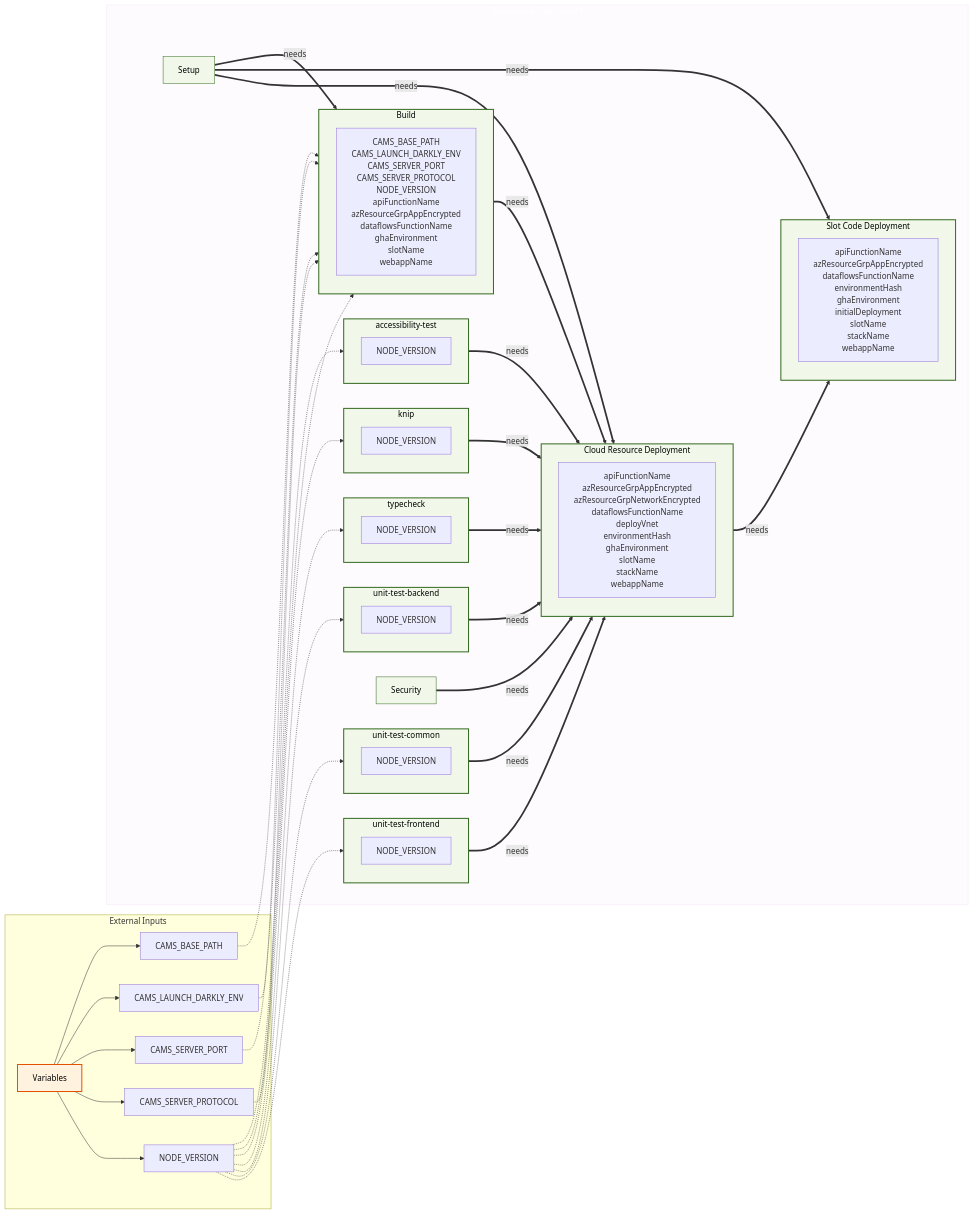
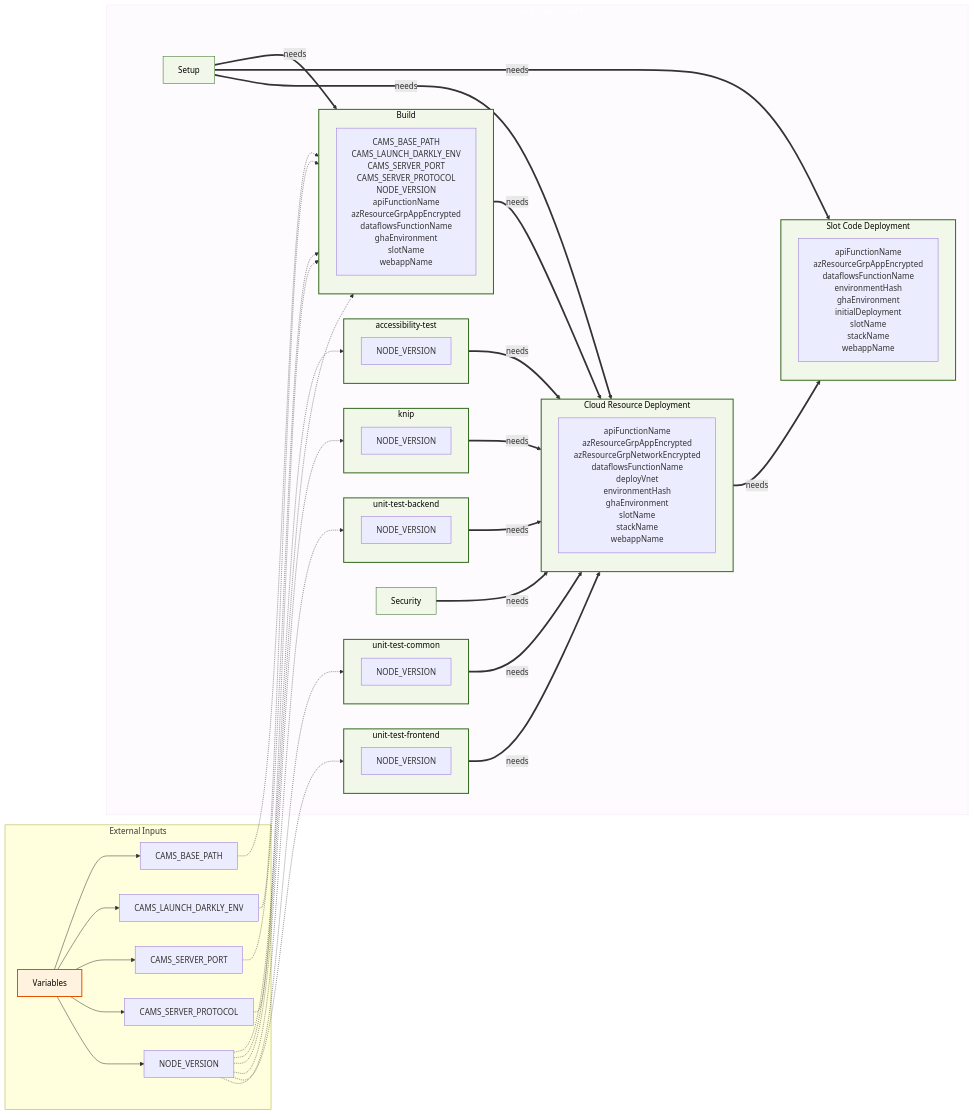
One commit to US-Trustee-Program/Bankruptcy-Oversight-Support-Systems changed diagram 15 of 25 in docs/operations/workflow-diagram.md. Above: the diagram before and after it, drawn with Mermaid. The commit also changed other lines of this file and 21 other files, not shown here.

```diff
--- a/docs/operations/workflow-diagram.md
+++ b/docs/operations/workflow-diagram.md
@@ -1039,9 +880,6 @@
         subgraph knip_subgraph["knip"]
             knip_vars["NODE_VERSION"]
         end
-        subgraph typecheck_subgraph["typecheck"]
-            typecheck_vars["NODE_VERSION"]
-        end
         security_scan["Security"]
         subgraph build_subgraph["Build"]
             build_vars["CAMS_BASE_PATH<br/>CAMS_LAUNCH_DARKLY_ENV<br/>CAMS_SERVER_PORT<br/>CAMS_SERVER_PROTOCOL<br/>NODE_VERSION<br/>apiFunctionName<br/>azResourceGrpAppEncrypted<br/>dataflowsFunctionName<br/>ghaEnvironment<br/>slotName<br/>webappName"]
@@ -1066,7 +904,6 @@
     Variables_NODE_VERSION -.-> accessibility_test_subgraph
     Variables_NODE_VERSION -.-> build_subgraph
     Variables_NODE_VERSION -.-> knip_subgraph
-    Variables_NODE_VERSION -.-> typecheck_subgraph
     Variables_NODE_VERSION -.-> unit_test_backend_subgraph
     Variables_NODE_VERSION -.-> unit_test_common_subgraph
     Variables_NODE_VERSION -.-> unit_test_frontend_subgraph
@@ -1078,7 +915,6 @@
     setup ==>|"needs"| build_subgraph
     setup ==>|"needs"| deploy_code_slot_subgraph
     setup ==>|"needs"| deploy_subgraph
-    typecheck_subgraph ==>|"needs"| deploy_subgraph
     unit_test_backend_subgraph ==>|"needs"| deploy_subgraph
     unit_test_common_subgraph ==>|"needs"| deploy_subgraph
     unit_test_frontend_subgraph ==>|"needs"| deploy_subgraph
@@ -1096,7 +932,6 @@
     class knip_subgraph jobSubgraph
     class security_scan job
     class setup job
-    class typecheck_subgraph jobSubgraph
     class unit_test_backend_subgraph jobSubgraph
     class unit_test_common_subgraph jobSubgraph
     class unit_test_frontend_subgraph jobSubgraph
```
